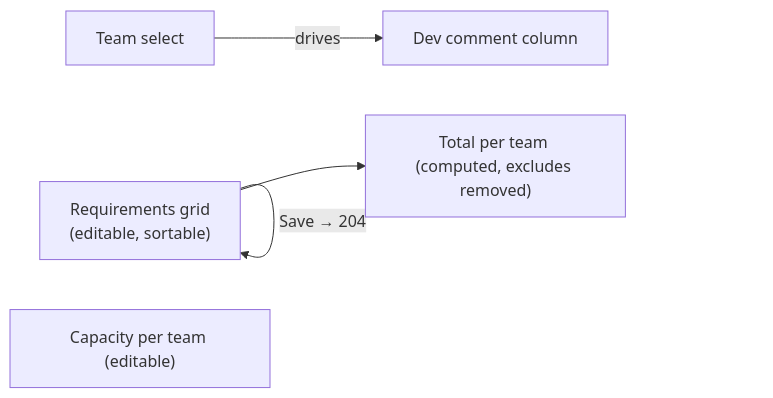
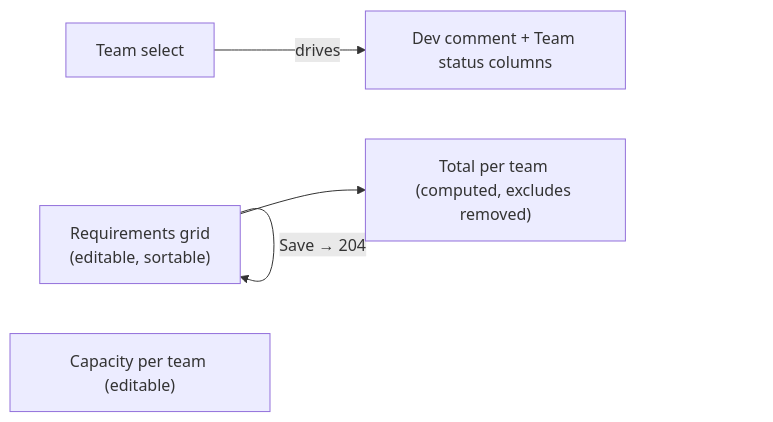
The sixth of 7 diagrams in doc/functional.md (fredericgenon-commits/pip-assistant), drawn with Mermaid before and after one commit. The commit also changed other lines of this file and 39 other files, not shown here.

First line of the commit message:
feat: JIRA backlog sync — Team Status + locked workloads per REQ

````diff
--- a/doc/functional.md
+++ b/doc/functional.md
@@ -225,8 +225,8 @@
 ```mermaid
 flowchart LR
     G["Requirements grid<br/>(editable, sortable)"] -->|edit cells| G
-    Team["Team select"] -->|drives| DC["Dev comment column"]
+    Team["Team select"] -->|drives| DC["Dev comment + Team status columns"]
     G --> Tot["Total per team (computed, excludes removed)"]
     Cap["Capacity per team (editable)"]
     G -->|Save → 204| G
 ```
````
